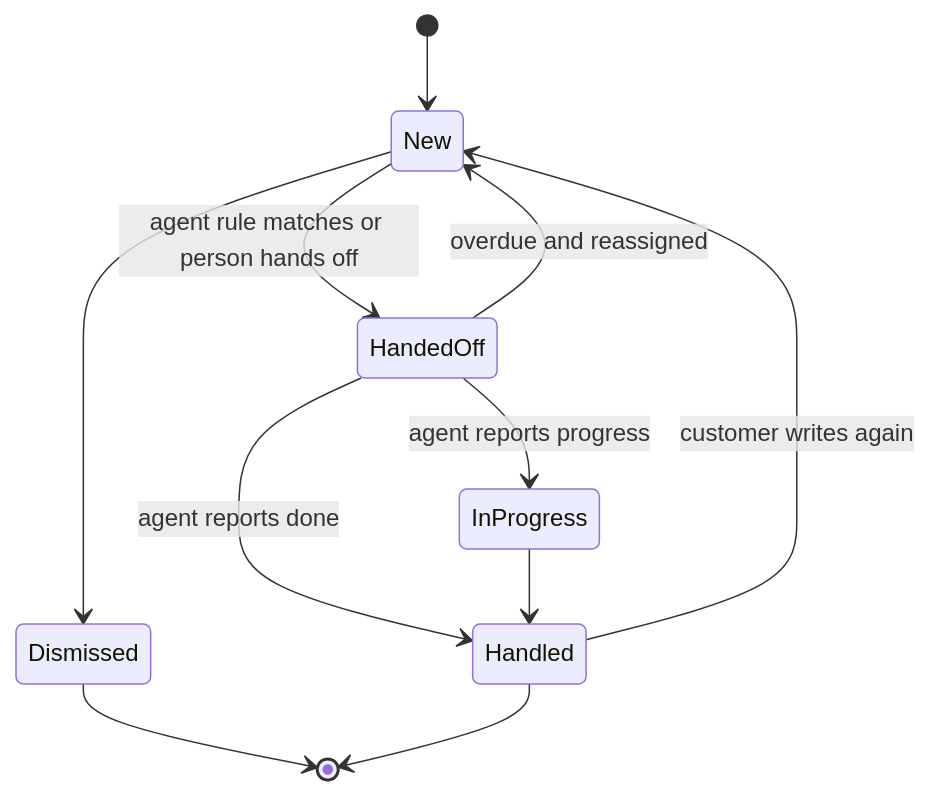
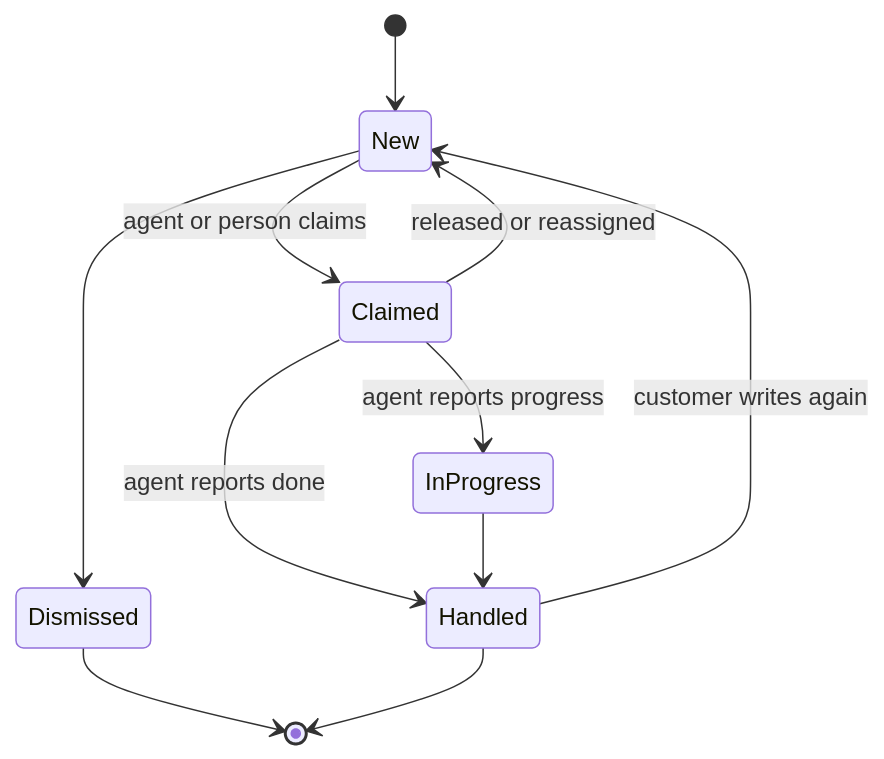
One commit to kieranklaassen/happyhappy changed the second of 2 diagrams in docs/plans/2026-09-24-001-feat-happyhappy-sentiment-feed-plan.md. Above: the diagram before and after it, drawn with Mermaid. The commit also changed other lines of this file, not shown here.

````diff
--- a/docs/plans/2026-09-24-001-feat-happyhappy-sentiment-feed-plan.md
+++ b/docs/plans/2026-09-24-001-feat-happyhappy-sentiment-feed-plan.md
@@ -132,13 +134,13 @@
 ```mermaid
 stateDiagram-v2
   [*] --> New
-  New --> HandedOff: agent rule matches or person hands off
+  New --> Claimed: agent or person claims
   New --> Dismissed
-  HandedOff --> InProgress: agent reports progress
-  HandedOff --> Handled: agent reports done
+  Claimed --> InProgress: agent reports progress
+  Claimed --> Handled: agent reports done
+  Claimed --> New: released or reassigned
   InProgress --> Handled
-  HandedOff --> New: overdue and reassigned
   Handled --> New: customer writes again
   Dismissed --> [*]
   Handled --> [*]
 ```
````
